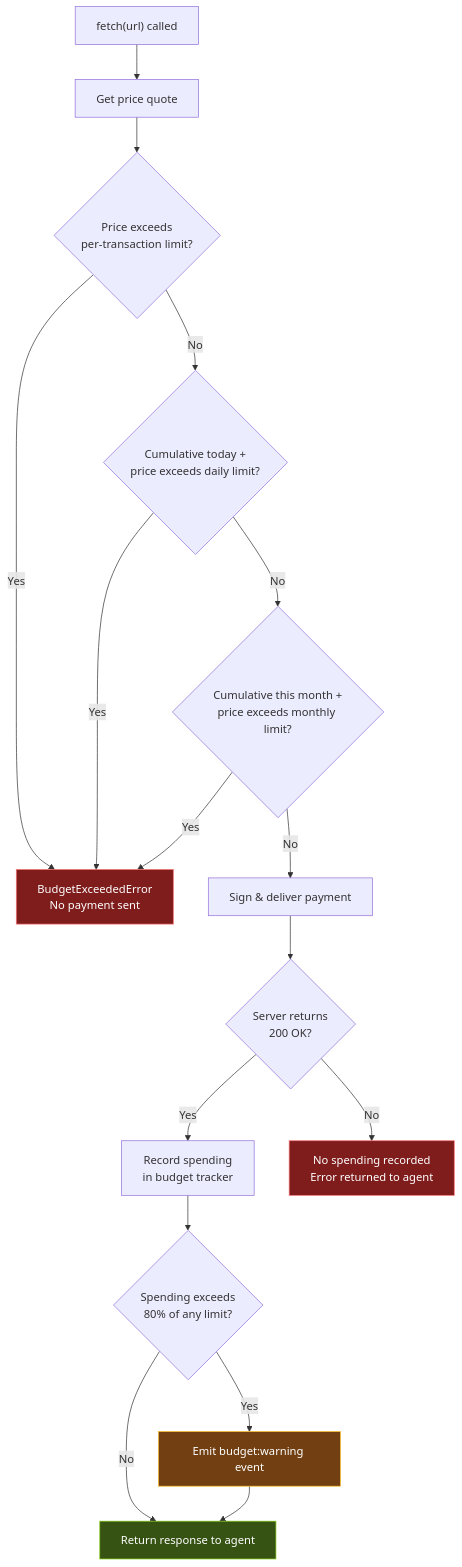
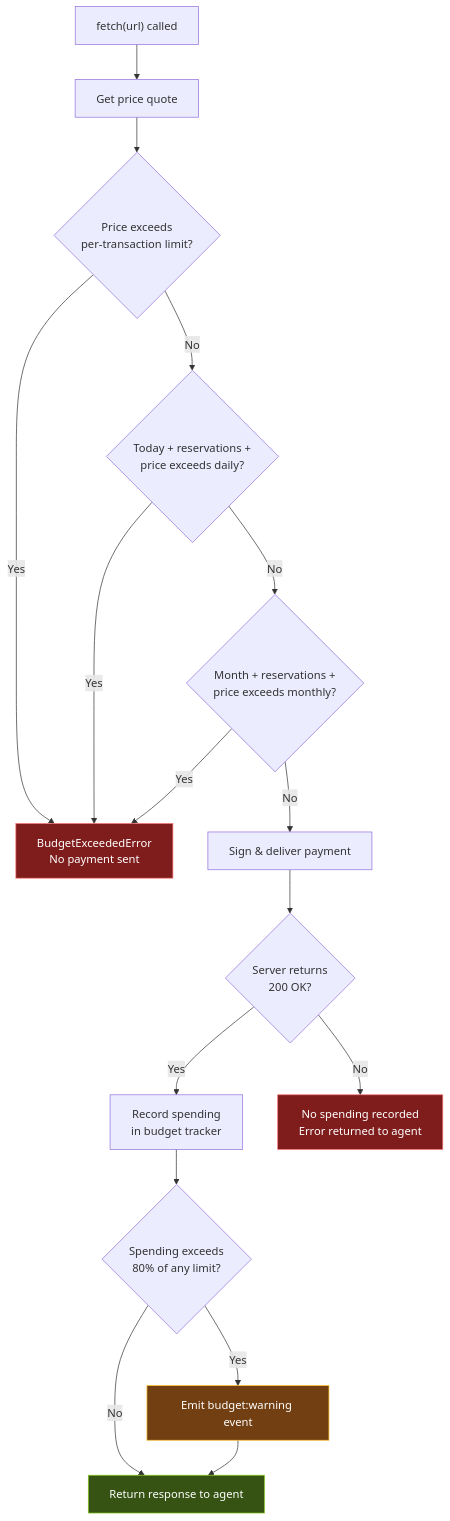
One commit to leventilo/boltzpay changed the diagram in apps/docs-mintlify/concepts/budget-safety.mdx. Above: the diagram before and after it, drawn with Mermaid. The commit also changed other lines of this file and 17 other files, not shown here.

````diff
--- a/apps/docs-mintlify/concepts/budget-safety.mdx
+++ b/apps/docs-mintlify/concepts/budget-safety.mdx
@@ -10,28 +10,28 @@
 ```mermaid
 flowchart TD
     Start["fetch(url) called"] --> Quote["Get price quote"]
     Quote --> PerTx{"Price exceeds<br/>per-transaction limit?"}
 
     PerTx -- Yes --> Reject["BudgetExceededError<br/>No payment sent"]
-    PerTx -- No --> Daily{"Cumulative today +<br/>price exceeds daily limit?"}
+    PerTx -- No --> Daily{"Today + reservations +<br/>price exceeds daily?"}
 
     Daily -- Yes --> Reject
-    Daily -- No --> Monthly{"Cumulative this month +<br/>price exceeds monthly limit?"}
+    Daily -- No --> Monthly{"Month + reservations +<br/>price exceeds monthly?"}
 
     Monthly -- Yes --> Reject
     Monthly -- No --> Pay["Sign & deliver payment"]
 
     Pay --> Success{"Server returns<br/>200 OK?"}
     Success -- Yes --> Record["Record spending<br/>in budget tracker"]
     Success -- No --> NoRecord["No spending recorded<br/>Error returned to agent"]
 
     Record --> Warn{"Spending exceeds<br/>80% of any limit?"}
     Warn -- Yes --> Event["Emit budget:warning event"]
     Warn -- No --> Done["Return response to agent"]
     Event --> Done
 
     style Reject fill:#7f1d1d,stroke:#f87171,color:#fff
     style NoRecord fill:#7f1d1d,stroke:#f87171,color:#fff
     style Done fill:#365314,stroke:#84cc16,color:#fff
     style Event fill:#713f12,stroke:#fbbf24,color:#fff
 ```
````
